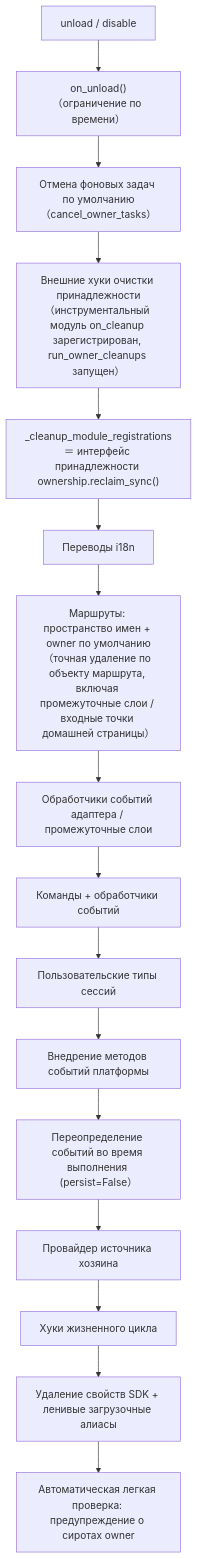
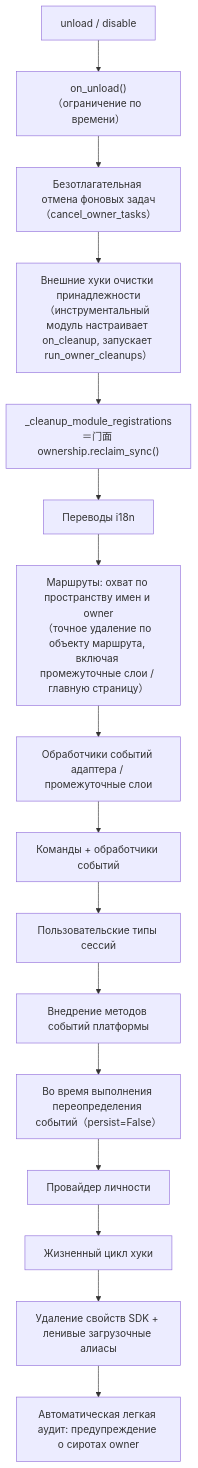
Before and after one commit to ErisPulse/ErisPulse: the diagram in docs/ru/advanced/ownership.md, drawn with Mermaid. The commit also changed other lines of this file and 331 other files, not shown here.

````diff
--- a/docs/ru/advanced/ownership.md
+++ b/docs/ru/advanced/ownership.md
@@ -83,18 +83,18 @@
 ```mermaid
 flowchart TD
     A["unload / disable"] --> B["on_unload()（ограничение по времени）"]
-    B --> C["Отмена фоновых задач по умолчанию（cancel_owner_tasks）"]
-    C --> C1["Внешние хуки очистки принадлежности<br/>（инструментальный модуль on_cleanup зарегистрирован, run_owner_cleanups запущен）"]
-    C1 --> D["_cleanup_module_registrations<br/>＝ интерфейс принадлежности ownership.reclaim_sync()"]
+    B --> C["Безотлагательная отмена фоновых задач（cancel_owner_tasks）"]
+    C --> C1["Внешние хуки очистки принадлежности<br/>（инструментальный модуль настраивает on_cleanup, запускает run_owner_cleanups）"]
+    C1 --> D["_cleanup_module_registrations<br/>＝门面 ownership.reclaim_sync()"]
     D --> D1["Переводы i18n"]
-    D1 --> D2["Маршруты: пространство имен + owner по умолчанию<br/>（точная удаление по объекту маршрута, <br/>включая промежуточные слои / входные точки домашней страницы）"]
+    D1 --> D2["Маршруты: охват по пространству имен и owner<br/>（точное удаление по объекту маршрута, <br/>включая промежуточные слои / главную страницу）"]
     D2 --> D3["Обработчики событий адаптера / промежуточные слои"]
     D3 --> D4["Команды + обработчики событий"]
     D4 --> D5["Пользовательские типы сессий"]
     D5 --> D5b["Внедрение методов событий платформы"]
-    D5b --> D6["Переопределение событий во время выполнения (persist=False）"]
-    D6 --> D7["Провайдер источника хозяина"]
-    D7 --> D8["Хуки жизненного цикла"]
+    D5b --> D6["Во время выполнения переопределения событий（persist=False）"]
+    D6 --> D7["Провайдер личности"]
+    D7 --> D8["Жизненный цикл хуки"]
     D8 --> E["Удаление свойств SDK + ленивые загрузочные алиасы"]
-    E --> F["Автоматическая легкая проверка: предупреждение о сиротах owner"]
+    E --> F["Автоматическая легкая аудит: предупреждение о сиротах owner"]
 ```
````
